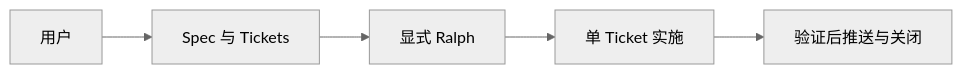
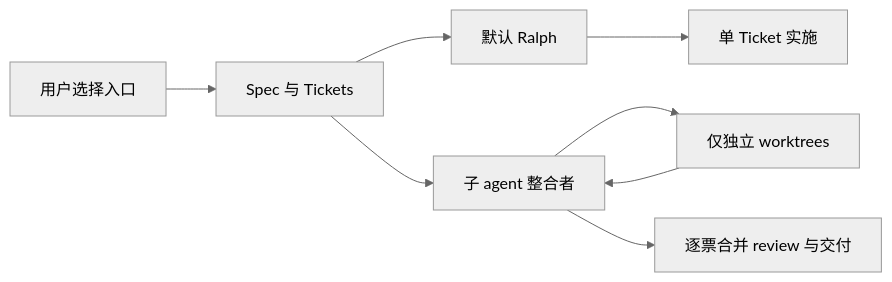
One commit to liu-qingyuan/skills-sync-lqy changed the first of 8 diagrams in docs/architecture/spec-implementation.md. Above: the diagram before and after it, drawn with Mermaid (neutral theme). The commit also changed other lines of this file and 17 other files, not shown here.

````diff
--- a/docs/architecture/spec-implementation.md
+++ b/docs/architecture/spec-implementation.md
@@ -10,6 +10,7 @@
 ```mermaid
 flowchart LR
-    User["用户"] --> Plan["Spec 与 Tickets"]
-    Plan --> Ralph["显式 Ralph"] --> Implement["单 Ticket 实施"]
-    Implement --> GitHub["验证后推送与关闭"]
+    User["用户选择入口"] --> Plan["Spec 与 Tickets"]
+    Plan --> Ralph["默认 Ralph"] --> Single["单 Ticket 实施"]
+    Plan --> C["子 agent 整合者"] --> W["仅独立 worktrees"]
+    W --> C --> D["逐票合并 review 与交付"]
 ```
````
